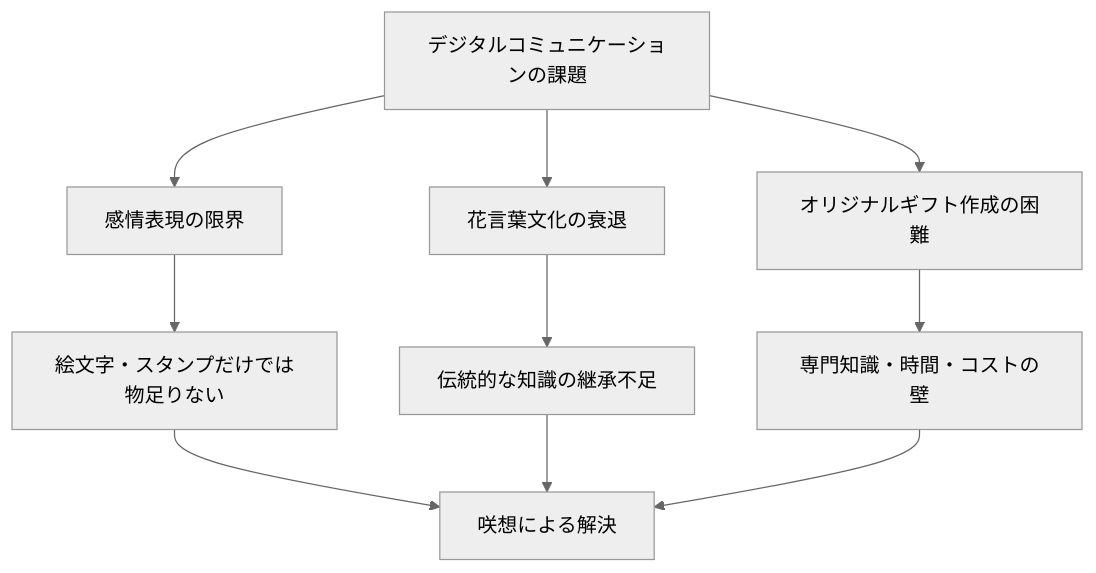
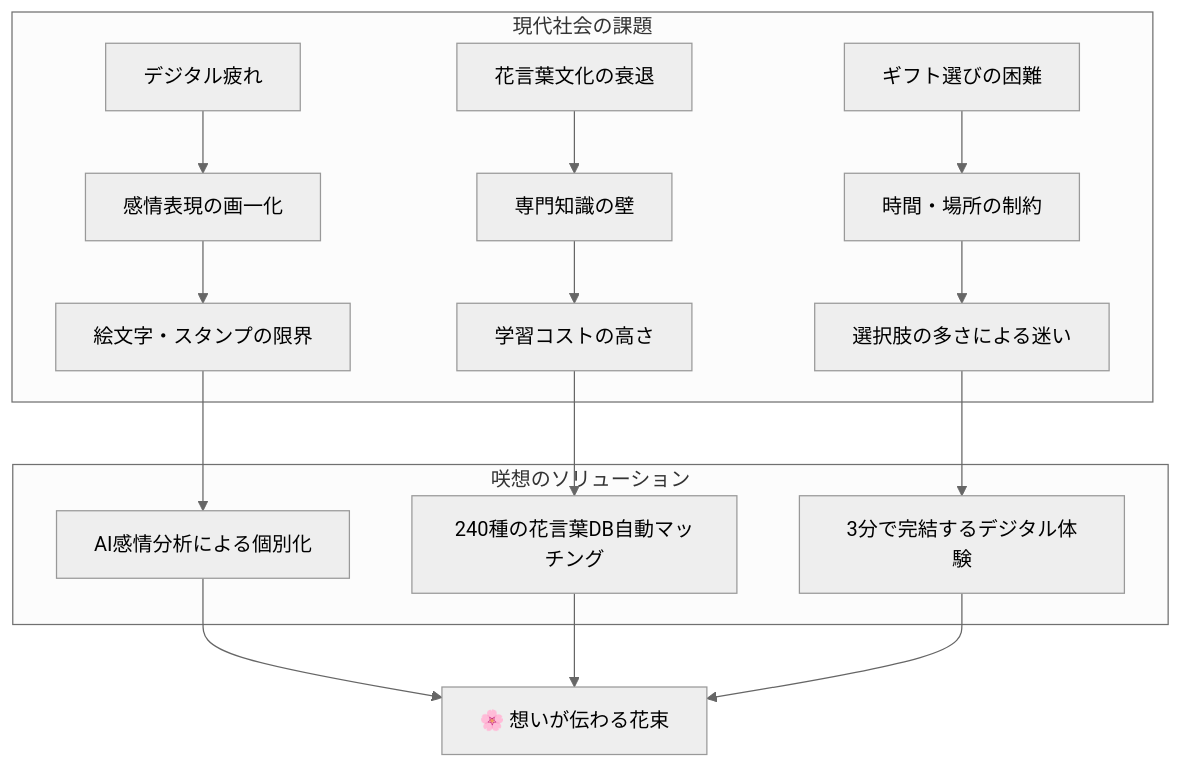
One commit to wwlapaki310/sakisou changed the second of 9 diagrams in docs/zenn-article-complete.md. Above: the diagram before and after it, drawn with Mermaid (neutral theme). The commit also changed other lines of this file, not shown here.

````diff
--- a/docs/zenn-article-complete.md
+++ b/docs/zenn-article-complete.md
@@ -38,14 +106,23 @@
 ```mermaid
 graph TD
-    A[デジタルコミュニケーションの課題] --> B[感情表現の限界]
-    A --> C[花言葉文化の衰退]
-    A --> D[オリジナルギフト作成の困難]
+    subgraph "現代社会の課題"
+        A[デジタル疲れ] --> A1[感情表現の画一化]
+        A1 --> A2[絵文字・スタンプの限界]
+        
+        B[花言葉文化の衰退] --> B1[専門知識の壁]
+        B1 --> B2[学習コストの高さ]
+        
+        C[ギフト選びの困難] --> C1[時間・場所の制約]
+        C1 --> C2[選択肢の多さによる迷い]
+    end
     
-    B --> E[絵文字・スタンプだけでは物足りない]
-    C --> F[伝統的な知識の継承不足]
-    D --> G[専門知識・時間・コストの壁]
+    subgraph "咲想のソリューション"
+        A2 --> D[AI感情分析による個別化]
+        B2 --> E[240種の花言葉DB自動マッチング]
+        C2 --> F[3分で完結するデジタル体験]
+    end
     
-    E --> H[咲想による解決]
-    F --> H
-    G --> H
+    D --> G[🌸 想いが伝わる花束]
+    E --> G
+    F --> G
 ```
````
